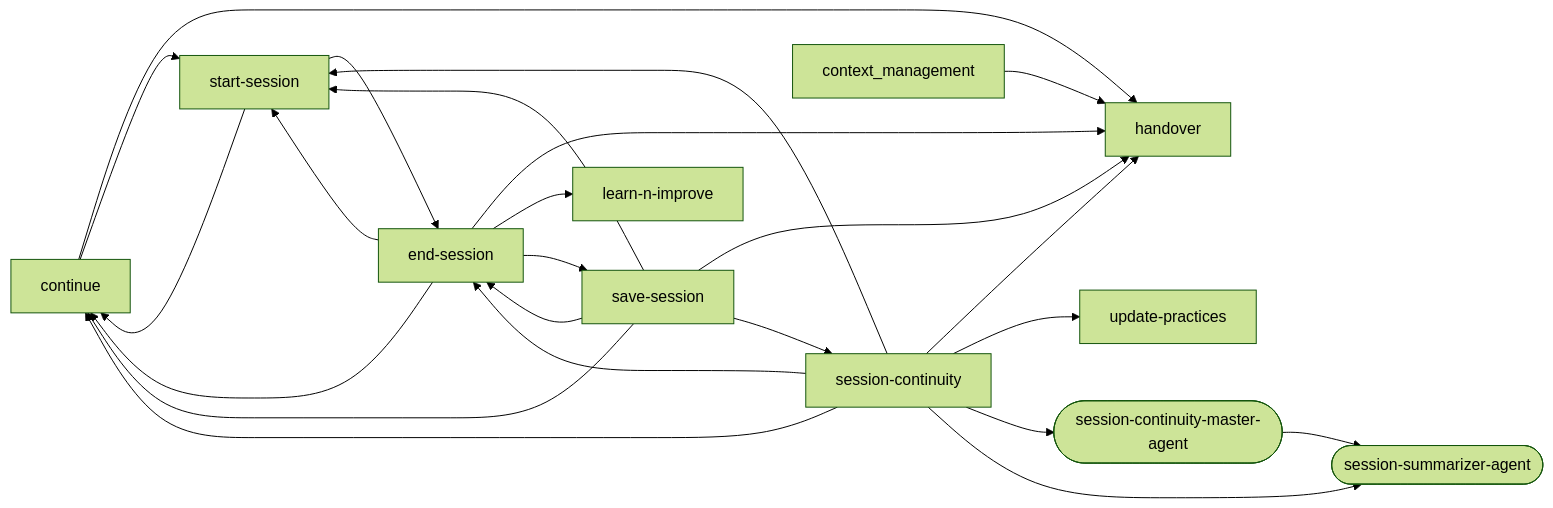
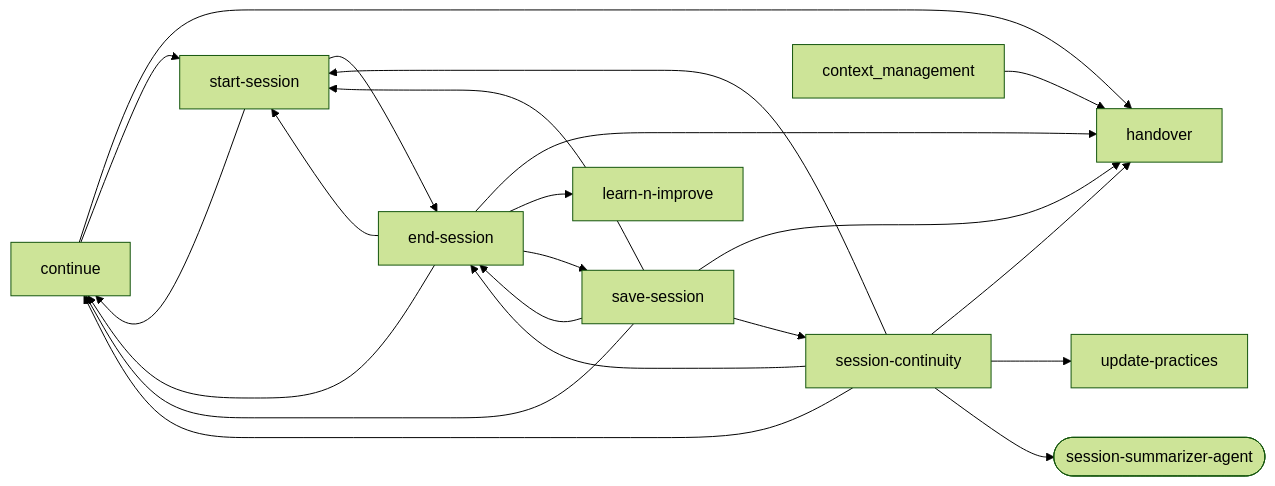
One commit to abhayla/claude-best-practices changed the fourth of 13 diagrams in docs/workflows/session-continuity.md. Above: the diagram before and after it, drawn with Mermaid (forest theme). The commit also changed other lines of this file and 29 other files, not shown here.

````diff
--- a/docs/workflows/session-continuity.md
+++ b/docs/workflows/session-continuity.md
@@ -382,36 +377,33 @@
 ```mermaid
 graph LR
     continue["continue"]
     end_session["end-session"]
     handover["handover"]
     learn_n_improve["learn-n-improve"]
     save_session["save-session"]
     session_continuity["session-continuity"]
-    session_continuity_master_agent(["session-continuity-master-agent"])
     session_summarizer_agent(["session-summarizer-agent"])
     start_session["start-session"]
     update_practices["update-practices"]
     continue --> handover
     continue --> start_session
     end_session --> continue
     end_session --> handover
     end_session --> learn_n_improve
     end_session --> save_session
     end_session --> start_session
     save_session --> continue
     save_session --> end_session
     save_session --> handover
     save_session --> session_continuity
     save_session --> start_session
     session_continuity --> continue
     session_continuity --> end_session
     session_continuity --> handover
     session_continuity --> start_session
     session_continuity --> update_practices
-    session_continuity --> session_continuity_master_agent
     session_continuity --> session_summarizer_agent
     start_session --> continue
     start_session --> end_session
-    session_continuity_master_agent --> session_summarizer_agent
     context_management --> handover
 ```
````
